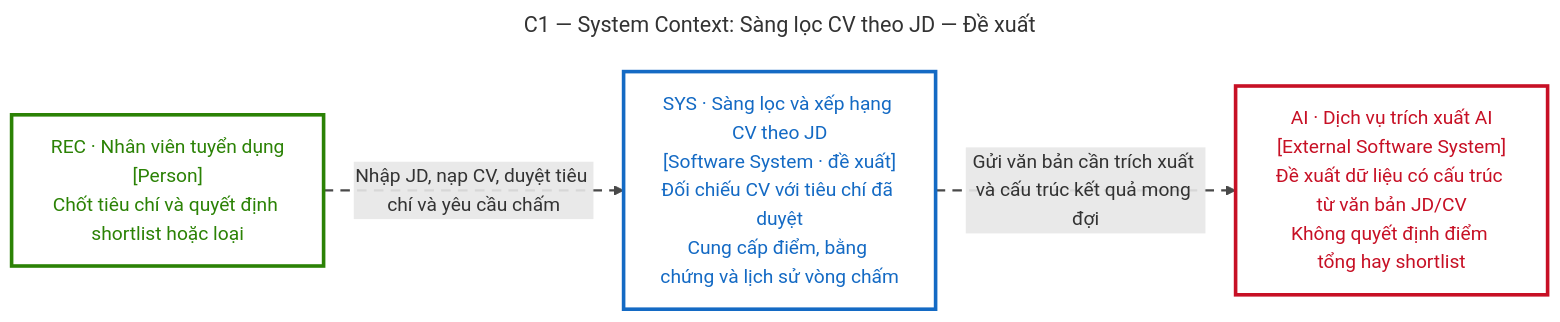
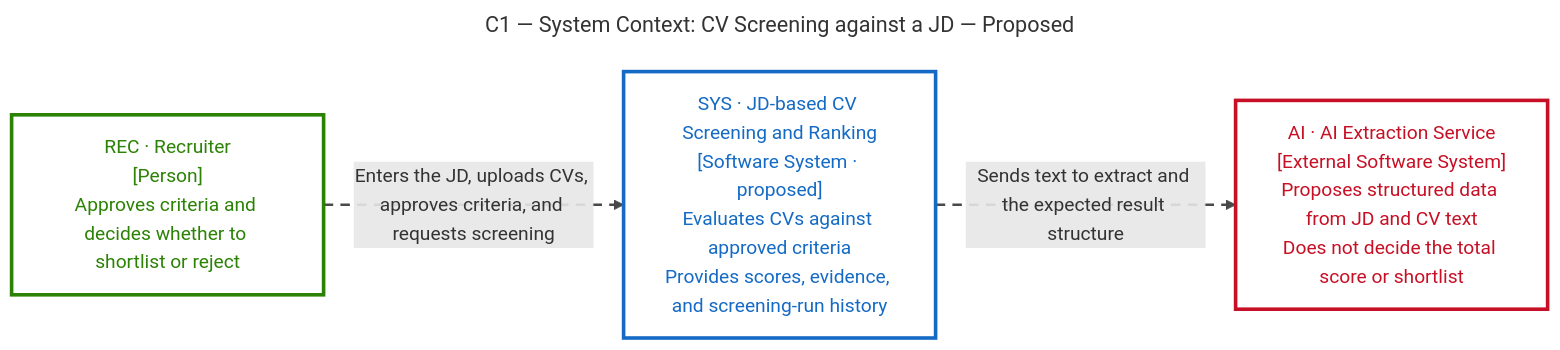
Before and after one commit to linkoc119/recruitment-assistant: the diagram in docs/architecture/c1-context.md, drawn with Mermaid. The commit also changed 22 other files, not shown here.

````diff
--- a/docs/architecture/c1-context.md
+++ b/docs/architecture/c1-context.md
@@ -16,18 +16,18 @@
 ```mermaid
 ---
-title: "C1 — System Context: Sàng lọc CV theo JD — Đề xuất"
+title: "C1 — System Context: CV Screening against a JD — Proposed"
 ---
 flowchart LR
-    REC["REC · Nhân viên tuyển dụng<br/>[Person]<br/>Chốt tiêu chí và quyết định shortlist hoặc loại"]
-    SYS["SYS · Sàng lọc và xếp hạng CV theo JD<br/>[Software System · đề xuất]<br/>Đối chiếu CV với tiêu chí đã duyệt<br/>Cung cấp điểm, bằng chứng và lịch sử vòng chấm"]
-    AI["AI · Dịch vụ trích xuất AI<br/>[External Software System]<br/>Đề xuất dữ liệu có cấu trúc từ văn bản JD/CV<br/>Không quyết định điểm tổng hay shortlist"]
-    REC -->|"Nhập JD, nạp CV, duyệt tiêu chí và yêu cầu chấm"| SYS
-    SYS -->|"Gửi văn bản cần trích xuất và cấu trúc kết quả mong đợi"| AI
+    REC["REC · Recruiter<br/>[Person]<br/>Approves criteria and decides whether to shortlist or reject"]
+    SYS["SYS · JD-based CV Screening and Ranking<br/>[Software System · proposed]<br/>Evaluates CVs against approved criteria<br/>Provides scores, evidence, and screening-run history"]
+    AI["AI · AI Extraction Service<br/>[External Software System]<br/>Proposes structured data from JD and CV text<br/>Does not decide the total score or shortlist"]
+    REC -->|"Enters the JD, uploads CVs, approves criteria, and requests screening"| SYS
+    SYS -->|"Sends text to extract and the expected result structure"| AI
     classDef person fill:#fff,color:#2b8205,stroke:#2b8205,stroke-width:3px
     classDef internal fill:#fff,color:#146ac4,stroke:#146ac4,stroke-width:3px
     classDef external fill:#fff,color:#c71025,stroke:#c71025,stroke-width:3px
     class REC person
     class SYS internal
     class AI external
     linkStyle default stroke:#494949,stroke-width:2px,stroke-dasharray:8 6
 ```
````
